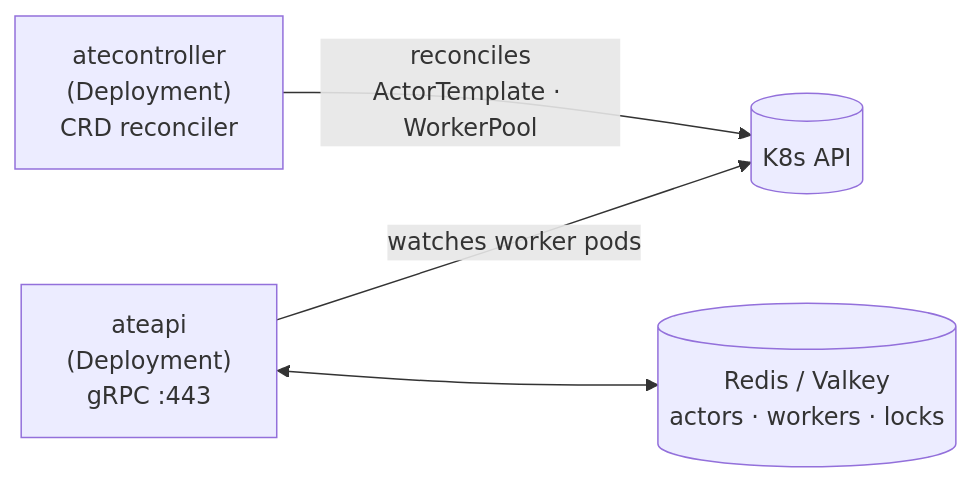
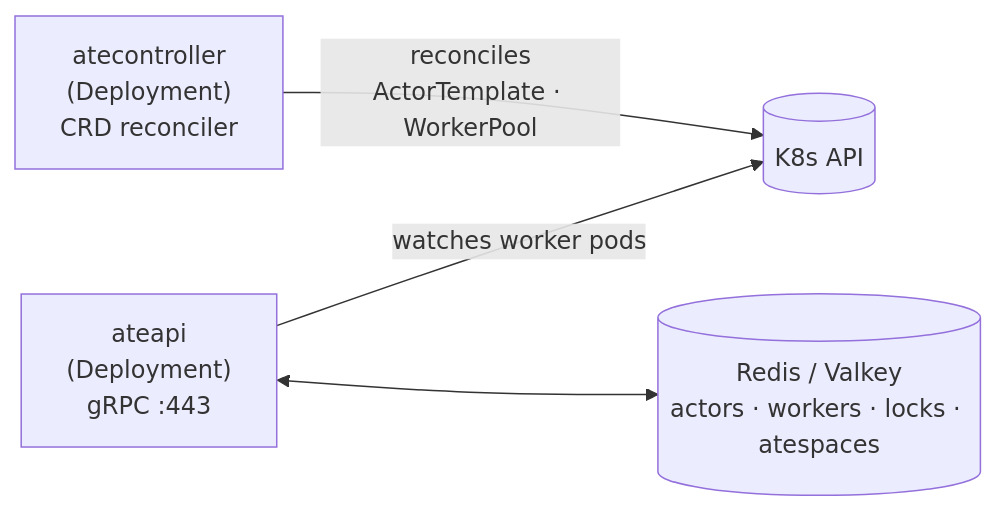
The first of 3 diagrams in atlas/src/content/docs/topology.mdx (christian-posta/substrate), drawn with Mermaid before and after one commit. The commit also changed other lines of this file and 28 other files, not shown here.

````diff
--- a/atlas/src/content/docs/topology.mdx
+++ b/atlas/src/content/docs/topology.mdx
@@ -19,15 +19,15 @@
 ```mermaid
 flowchart LR
   KAPI[(K8s API)]
   ATECTRL["atecontroller<br/>(Deployment)<br/>CRD reconciler"]
   ATEAPI["ateapi<br/>(Deployment)<br/>gRPC :443"]
-  REDIS[("Redis / Valkey<br/>actors · workers · locks")]
+  REDIS[("Redis / Valkey<br/>actors · workers · locks · atespaces")]
 
   ATECTRL -- "reconciles<br/>ActorTemplate · WorkerPool" --> KAPI
   ATEAPI -- "watches worker pods" --> KAPI
   ATEAPI <--> REDIS
 
   click ATEAPI "/components/ateapi/" "ateapi"
   click ATECTRL "/components/atecontroller/" "atecontroller"
   click REDIS "/components/storage/" "Storage"
 ```
````
